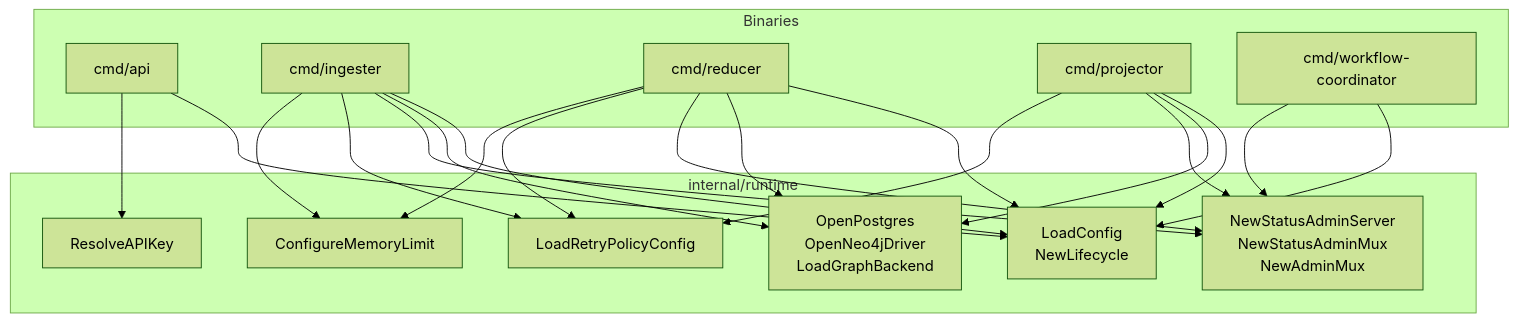
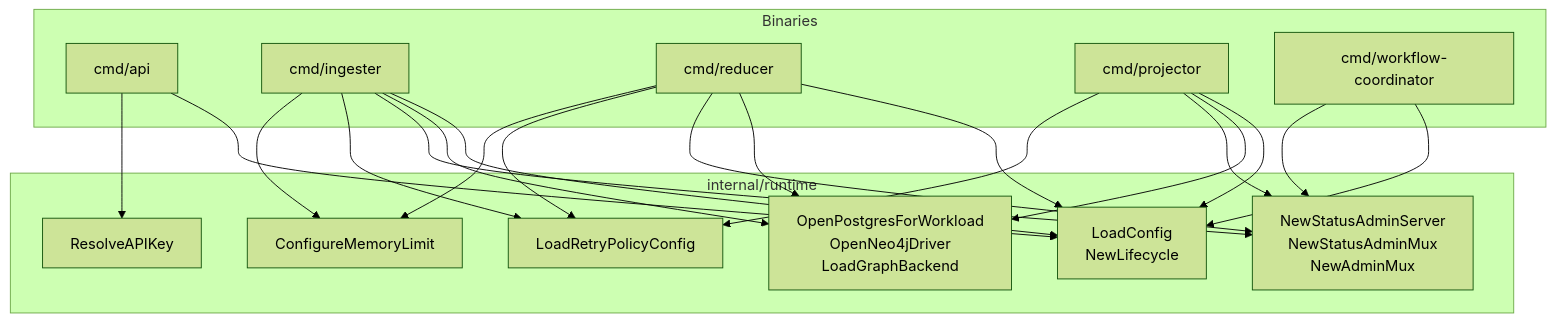
The first of 2 diagrams in go/internal/runtime/README.md (eshu-hq/eshu), drawn with Mermaid (forest theme) before and after one commit. The commit also changed other lines of this file and 237 other files, not shown here.

````diff
--- a/go/internal/runtime/README.md
+++ b/go/internal/runtime/README.md
@@ -14,26 +14,26 @@
 ```mermaid
 flowchart TB
   subgraph Binaries
     A["cmd/api"]
     B["cmd/ingester"]
     C["cmd/reducer"]
     D["cmd/projector"]
     E["cmd/workflow-coordinator"]
   end
 
   subgraph runtime["internal/runtime"]
     LC["LoadConfig\nNewLifecycle"]
-    DS["OpenPostgres\nOpenNeo4jDriver\nLoadGraphBackend"]
+    DS["OpenPostgresForWorkload\nOpenNeo4jDriver\nLoadGraphBackend"]
     AS["NewStatusAdminServer\nNewStatusAdminMux\nNewAdminMux"]
     RP["LoadRetryPolicyConfig"]
     AK["ResolveAPIKey"]
     ML["ConfigureMemoryLimit"]
   end
 
   A & B & C & D & E --> LC
   B & C & D --> DS
   B & C & D & E --> AS
   B & C & D --> RP
   A --> AK
   B & C --> ML
 ```
````
